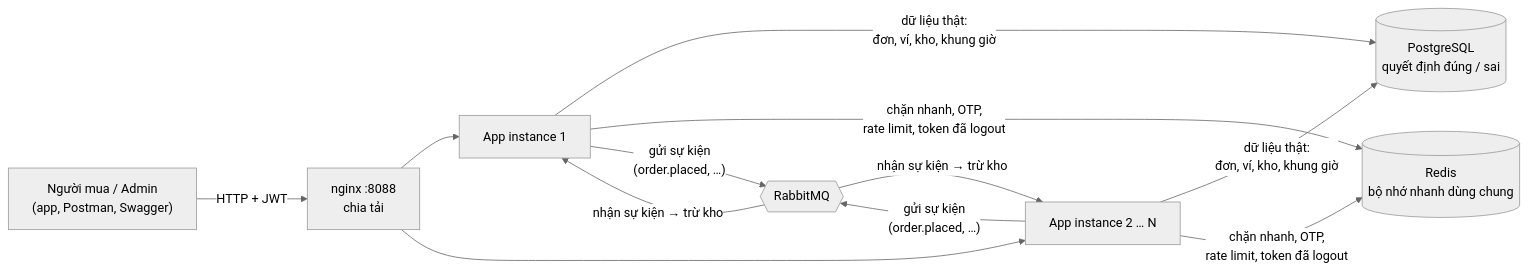
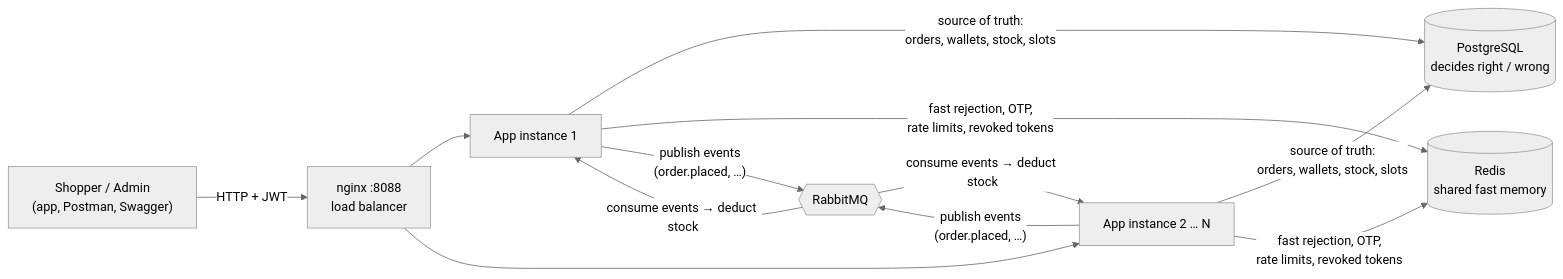
The first of 4 diagrams in README.md (lebronjamesbe01-dev/flashsale-service), drawn with Mermaid (neutral theme) before and after one commit. The commit also changed other lines of this file, not shown here.

````diff
--- a/README.md
+++ b/README.md
@@ -23,11 +23,11 @@
 ```mermaid
 flowchart LR
-    U["Người mua / Admin<br/>(app, Postman, Swagger)"] -->|"HTTP + JWT"| N["nginx :8088<br/>chia tải"]
+    U["Shopper / Admin<br/>(app, Postman, Swagger)"] -->|"HTTP + JWT"| N["nginx :8088<br/>load balancer"]
     N --> A1["App instance 1"]
     N --> A2["App instance 2 … N"]
 
-    A1 & A2 -->|"dữ liệu thật:<br/>đơn, ví, kho, khung giờ"| PG[("PostgreSQL<br/>quyết định đúng / sai")]
-    A1 & A2 -->|"chặn nhanh, OTP,<br/>rate limit, token đã logout"| RD[("Redis<br/>bộ nhớ nhanh dùng chung")]
-    A1 & A2 -->|"gửi sự kiện<br/>(order.placed, …)"| MQ{{"RabbitMQ"}}
-    MQ -->|"nhận sự kiện → trừ kho"| A1 & A2
+    A1 & A2 -->|"source of truth:<br/>orders, wallets, stock, slots"| PG[("PostgreSQL<br/>decides right / wrong")]
+    A1 & A2 -->|"fast rejection, OTP,<br/>rate limits, revoked tokens"| RD[("Redis<br/>shared fast memory")]
+    A1 & A2 -->|"publish events<br/>(order.placed, …)"| MQ{{"RabbitMQ"}}
+    MQ -->|"consume events → deduct stock"| A1 & A2
 ```
````
